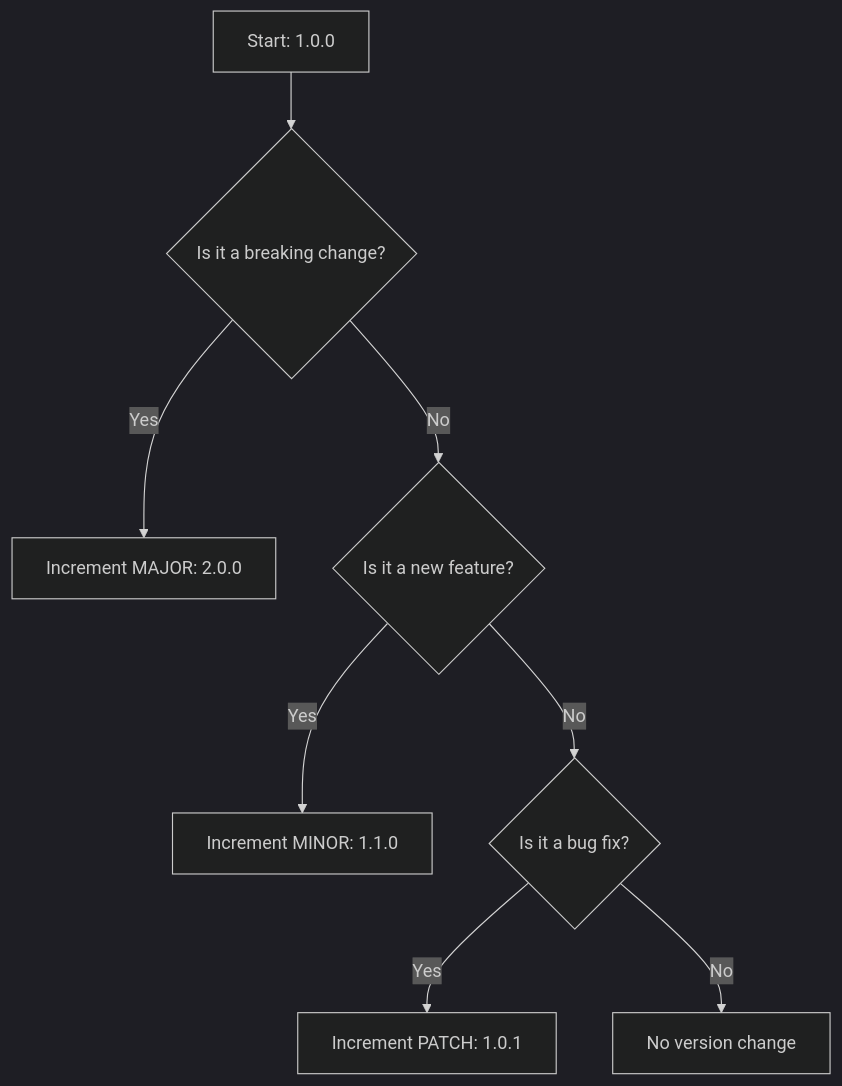
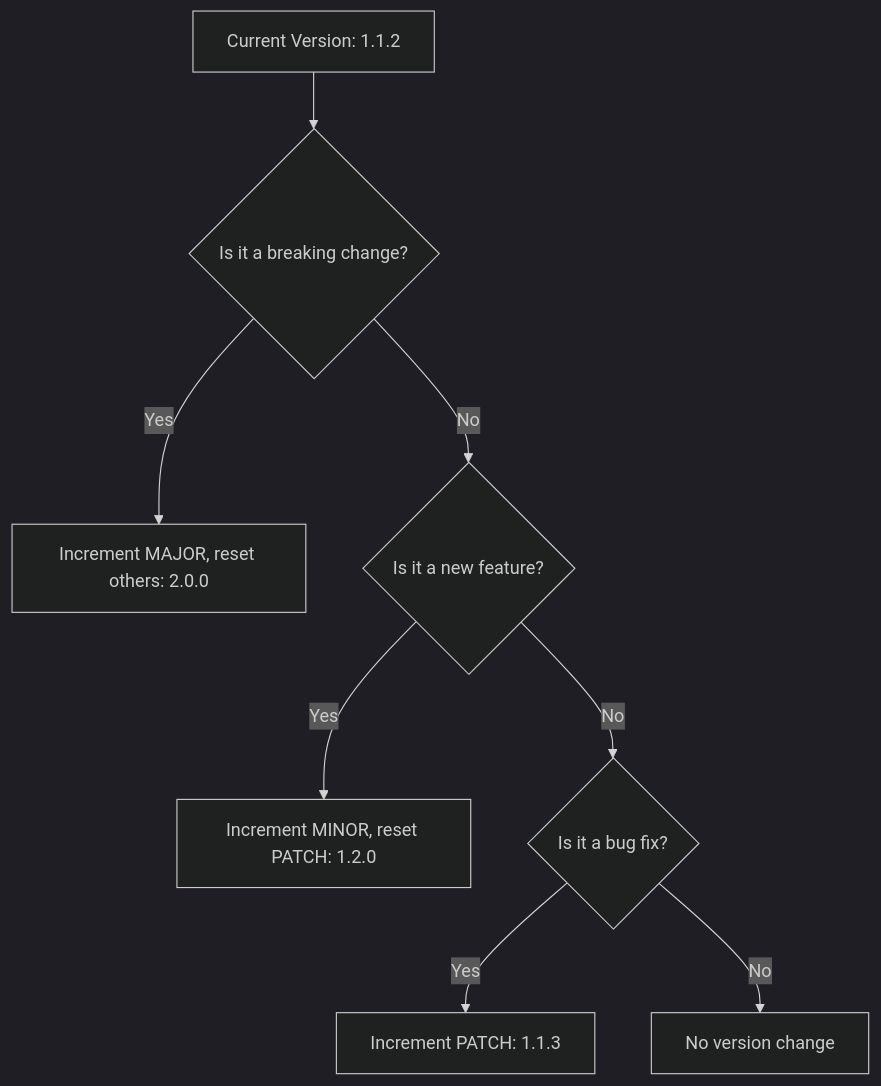
One commit to vaishvanara/techwritingkb changed the diagram in docs/industry-terms/semantic-versioning.md. Above: the diagram before and after it, drawn with Mermaid (dark theme). The commit also changed other lines of this file and 51 other files, not shown here.

````diff
--- a/docs/industry-terms/semantic-versioning.md
+++ b/docs/industry-terms/semantic-versioning.md
@@ -19,10 +24,10 @@
 ```mermaid
 graph TD
-    A[Start: 1.0.0] --> B{Is it a breaking change?}
-    B -- Yes --> C[Increment MAJOR: 2.0.0]
+    A[Current Version: 1.1.2] --> B{Is it a breaking change?}
+    B -- Yes --> C[Increment MAJOR, reset others: 2.0.0]
     B -- No --> D{Is it a new feature?}
-    D -- Yes --> E[Increment MINOR: 1.1.0]
+    D -- Yes --> E[Increment MINOR, reset PATCH: 1.2.0]
     D -- No --> F{Is it a bug fix?}
-    F -- Yes --> G[Increment PATCH: 1.0.1]
+    F -- Yes --> G[Increment PATCH: 1.1.3]
     F -- No --> H[No version change]
 ```
````
